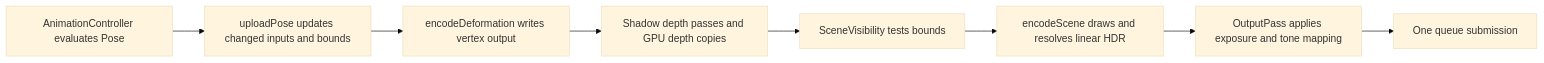
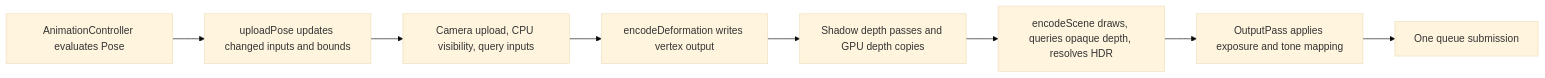
The diagram in docs/architecture.md (wisnunugroho21/webgpu-gltf), drawn with Mermaid (base theme) before and after one commit. The commit also changed other lines of this file and 11 other files, not shown here.

````diff
--- a/docs/architecture.md
+++ b/docs/architecture.md
@@ -61,10 +61,10 @@
 ```mermaid
 flowchart LR
     A[AnimationController evaluates Pose] --> B[uploadPose updates changed inputs and bounds]
-    B --> C[encodeDeformation writes vertex output]
+    B --> D[Camera upload, CPU visibility, query inputs]
+    D --> C[encodeDeformation writes vertex output]
     C --> S[Shadow depth passes and GPU depth copies]
-    S --> D[SceneVisibility tests bounds]
-    D --> E[encodeScene draws and resolves linear HDR]
+    S --> E[encodeScene draws, queries opaque depth, resolves HDR]
     E --> F[OutputPass applies exposure and tone mapping]
     F --> G[One queue submission]
 ```
````
